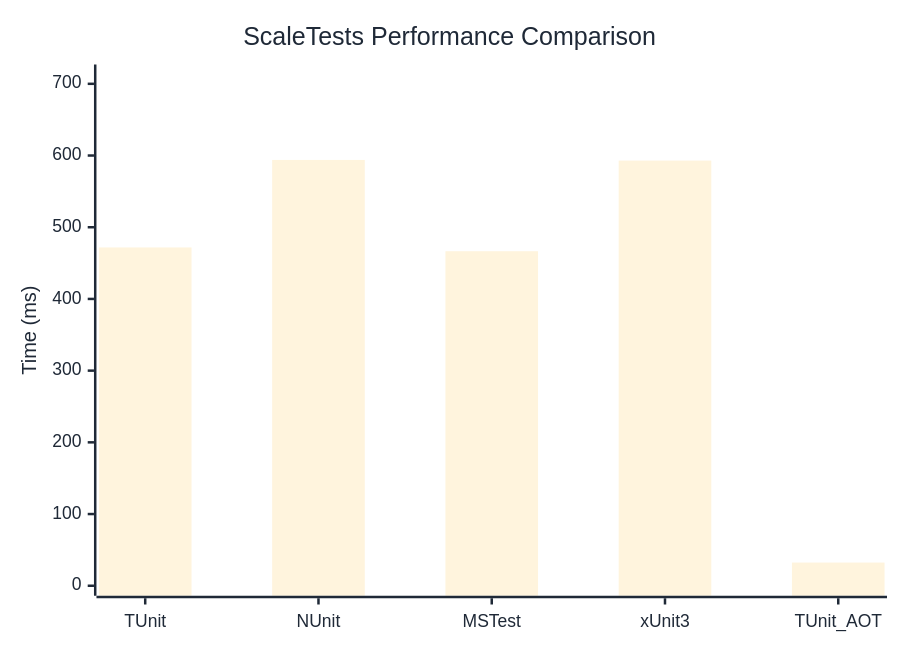
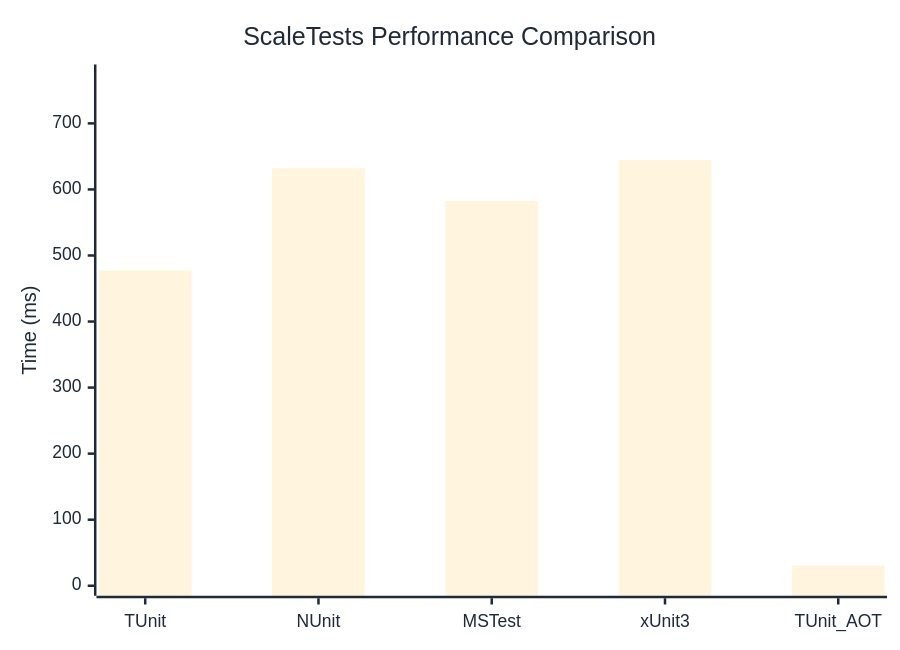
The diagram in docs/docs/benchmarks/ScaleTests.md (thomhurst/TUnit), drawn with Mermaid before and after one commit. The commit also changed other lines of this file and 17 other files, not shown here.

````diff
--- a/docs/docs/benchmarks/ScaleTests.md
+++ b/docs/docs/benchmarks/ScaleTests.md
@@ -27,37 +27,37 @@
 ```mermaid
 %%{init: {
   'theme':'base',
   'themeVariables': {
     'primaryColor': '#2563eb',
     'primaryTextColor': '#1f2937',
     'primaryBorderColor': '#1e40af',
     'lineColor': '#6b7280',
     'secondaryColor': '#7c3aed',
     'tertiaryColor': '#dc2626',
     'background': '#ffffff',
     'mainBkg': '#2563eb',
     'secondBkg': '#7c3aed',
     'tertiaryBkg': '#dc2626',
     'clusterBkg': '#f3f4f6',
     'edgeLabelBackground': '#ffffff',
     'tertiaryTextColor': '#1f2937',
     'pie1': '#2563eb',
     'pie2': '#7c3aed',
     'pie3': '#dc2626',
     'pie4': '#f59e0b',
     'pie5': '#10b981',
     'pie6': '#06b6d4',
     'pie7': '#ec4899',
     'pie8': '#6366f1',
     'pie9': '#84cc16',
     'pie10': '#f97316',
     'pie11': '#14b8a6',
     'pie12': '#a855f7'
   }
 }}%%
 xychart-beta
   title "ScaleTests Performance Comparison"
   x-axis ["TUnit", "NUnit", "MSTest", "xUnit3", "TUnit_AOT"]
-  y-axis "Time (ms)" 0 --> 713
-  bar [471.79, 593.87, 466.54, 592.95, 32.34]
+  y-axis "Time (ms)" 0 --> 774
+  bar [477.54, 632.18, 582.61, 644.63, 30.46]
 ```
````
